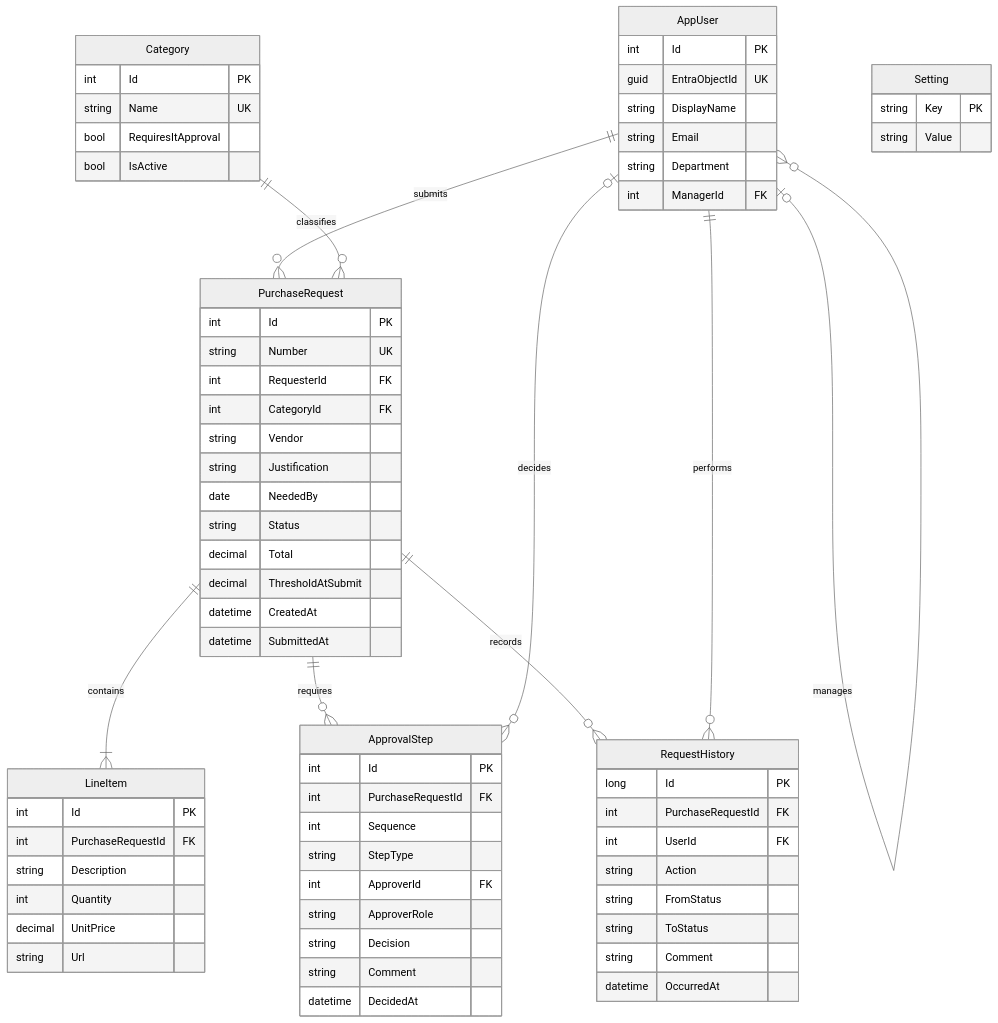
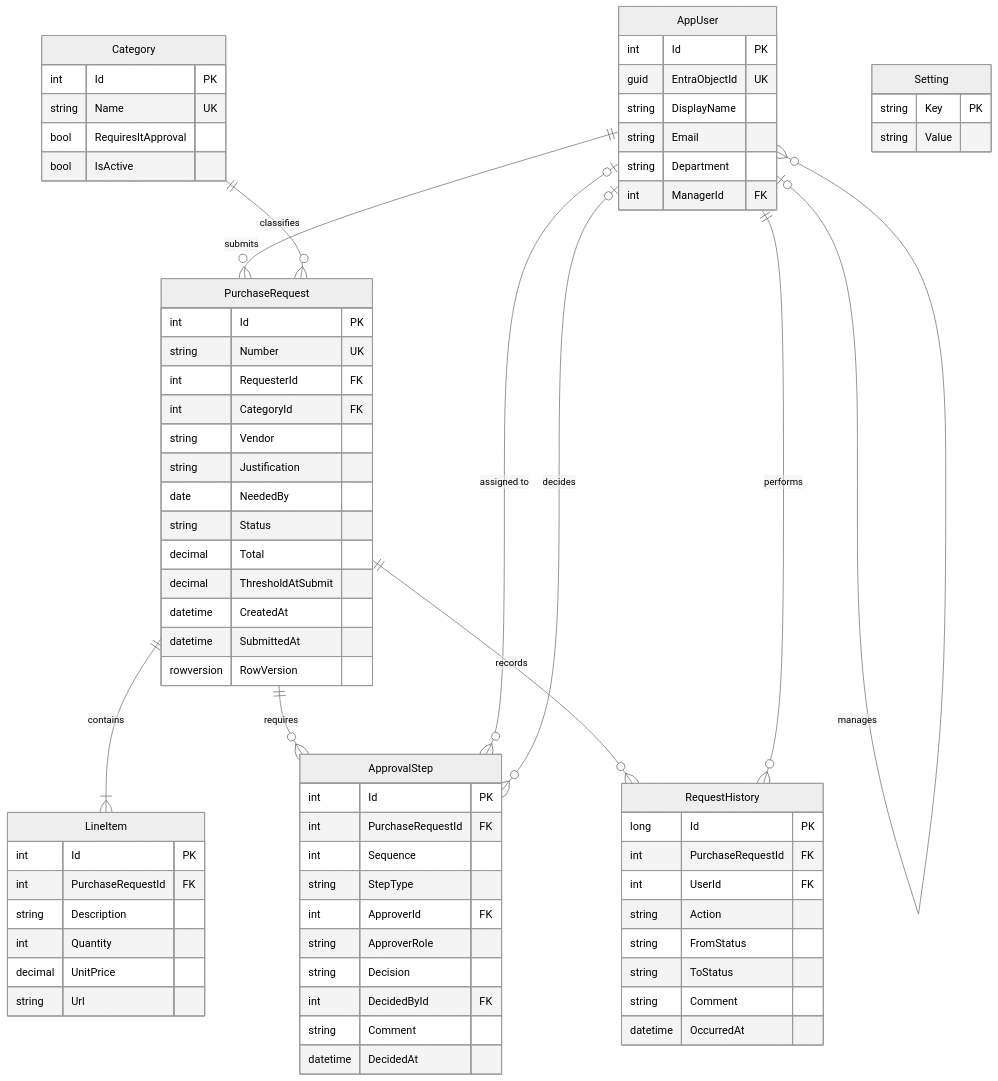
One commit to Blathe/purchase-request changed the diagram in docs/06-data-model.md. Above: the diagram before and after it, drawn with Mermaid (neutral theme). The commit also changed other lines of this file and 14 other files, not shown here.

````diff
--- a/docs/06-data-model.md
+++ b/docs/06-data-model.md
@@ -5,73 +5,76 @@
 ```mermaid
 erDiagram
     AppUser ||--o{ PurchaseRequest : "submits"
     AppUser |o--o{ AppUser : "manages"
     Category ||--o{ PurchaseRequest : "classifies"
     PurchaseRequest ||--|{ LineItem : "contains"
     PurchaseRequest ||--o{ ApprovalStep : "requires"
     PurchaseRequest ||--o{ RequestHistory : "records"
+    AppUser |o--o{ ApprovalStep : "assigned to"
     AppUser |o--o{ ApprovalStep : "decides"
     AppUser ||--o{ RequestHistory : "performs"
 
     AppUser {
         int Id PK
         guid EntraObjectId UK
         string DisplayName
         string Email
         string Department
         int ManagerId FK
     }
     Category {
         int Id PK
         string Name UK
         bool RequiresItApproval
         bool IsActive
     }
     PurchaseRequest {
         int Id PK
         string Number UK
         int RequesterId FK
         int CategoryId FK
         string Vendor
         string Justification
         date NeededBy
         string Status
         decimal Total
         decimal ThresholdAtSubmit
         datetime CreatedAt
         datetime SubmittedAt
+        rowversion RowVersion
     }
     LineItem {
         int Id PK
         int PurchaseRequestId FK
         string Description
         int Quantity
         decimal UnitPrice
         string Url
     }
     ApprovalStep {
         int Id PK
         int PurchaseRequestId FK
         int Sequence
         string StepType
         int ApproverId FK
         string ApproverRole
         string Decision
+        int DecidedById FK
         string Comment
         datetime DecidedAt
     }
     RequestHistory {
         long Id PK
         int PurchaseRequestId FK
         int UserId FK
         string Action
         string FromStatus
         string ToStatus
         string Comment
         datetime OccurredAt
     }
     Setting {
         string Key PK
         string Value
     }
 ```
````
